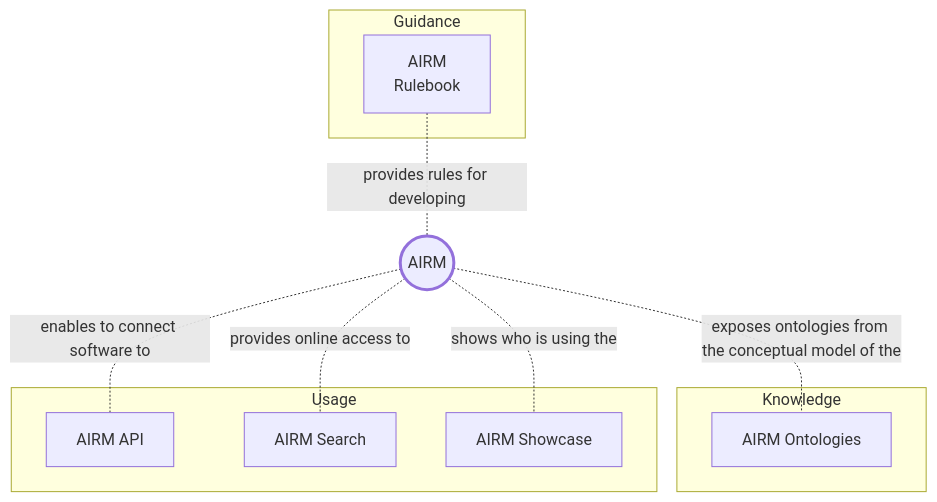
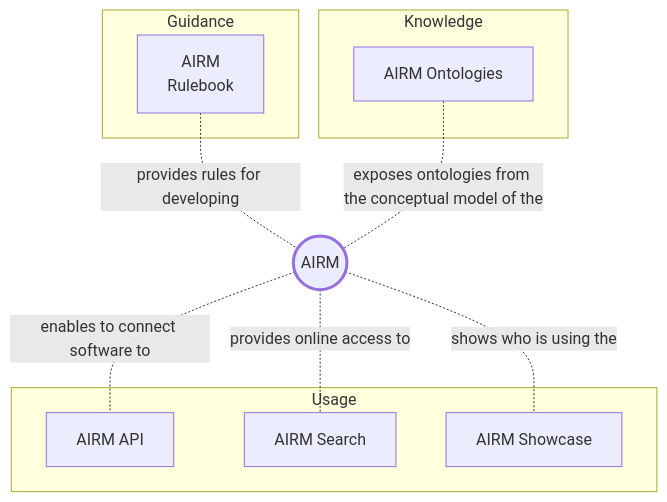
The first of 2 diagrams in docs/home.md (airm-ccb/airm-user-manual-1.3.0-testing), drawn with Mermaid before and after one commit.

````diff
--- a/docs/home.md
+++ b/docs/home.md
@@ -7,53 +7,54 @@
 ```mermaid
   flowchart  TD
   
   AIRM((AIRM))
   
   subgraph Guidance
   AIRM_RULEBOOK[AIRM<br>Rulebook]
   %% DERIVE_AIRM[Deriving the<br>AIRM]
   %% SUPPLEMENT_AIRM[Supplementing the<br>AIRM]
   %% MAP_TO_AIRM[Mapping to the<br>AIRM]
   end
   
   AIRM_RULEBOOK-. provides rules for developing .- AIRM
   %% DERIVE_AIRM-. provides guidance for creating a derived model from .-AIRM
   %% SUPPLEMENT_AIRM-. provides guidance for supplementing the main part of .-AIRM
   %% MAP_TO_AIRM-. provides guidance for establishing semantic correspondences to .-AIRM
   
   subgraph Knowledge
     %% direction RL
     AIRM_ONTOLOGIES[AIRM Ontologies]
     %% ONTOLOGY_AIRCRAFT[Aircraft]
     %% ONTOLOGY_INFRASTRUCTURE[Infrastructure]
     %% ONTOLOGY_ATO[Air Traffic Operations]
     %% ONTOLOGY_FLIGHT[Flight]
     %% ONTOLOGY_METEO[Meteorology]
     %% ONTOLOGY_STAKEHOLDER[Stakeholder]
     %% AIRM_ONTOLOGIES-.-ONTOLOGY_AIRCRAFT
     %% AIRM_ONTOLOGIES-.-ONTOLOGY_INFRASTRUCTURE
     %% AIRM_ONTOLOGIES-.-ONTOLOGY_FLIGHT
     %% AIRM_ONTOLOGIES-.-ONTOLOGY_METEO
     %% AIRM_ONTOLOGIES-.-ONTOLOGY_STAKEHOLDER
   end
   
-  AIRM-. exposes ontologies from the conceptual model of the .-AIRM_ONTOLOGIES
-  
+  %% AIRM-. exposes ontologies from the conceptual model of the .-AIRM_ONTOLOGIES
+  AIRM_ONTOLOGIES-. exposes ontologies from the conceptual model of the .-AIRM
+
   subgraph Usage
   AIRM_API[AIRM API]
   AIRM_SEARCH[AIRM Search]
   AIRM_SHOWCASE[AIRM Showcase]
   end
   
   AIRM -. enables to connect software to .- AIRM_API
   AIRM -. provides online access to .- AIRM_SEARCH
   AIRM -. shows who is using the .- AIRM_SHOWCASE
   
   style AIRM stroke-width:3px
 
   click AIRM_RULEBOOK href "https://airm-ccb.github.io/airm-user-manual-1.3.0-testing/#/guidance/airm_rulebook" "Browse the AIRM Rulebook"
   click AIRM_ONTOLOGIES href "https://airm-ccb.github.io/airm-user-manual-1.3.0-testing/#/knowledge/overview" "Discover the AIRM ontologies"
   click AIRM_SEARCH href "https://airm.aero/dictionary/1.2.0/search" "Search for ATM terms, abbreviations and concepts"
   click AIRM_API href "https://airm.aero/developers/api" "Connect your software to the AIRM"
   click AIRM_SHOWCASE href "https://airm-ccb.github.io/airm-user-manual-1.3.0-testing/#/usage/showcase" "Discover whos is using the AIRM"
 ```
````
